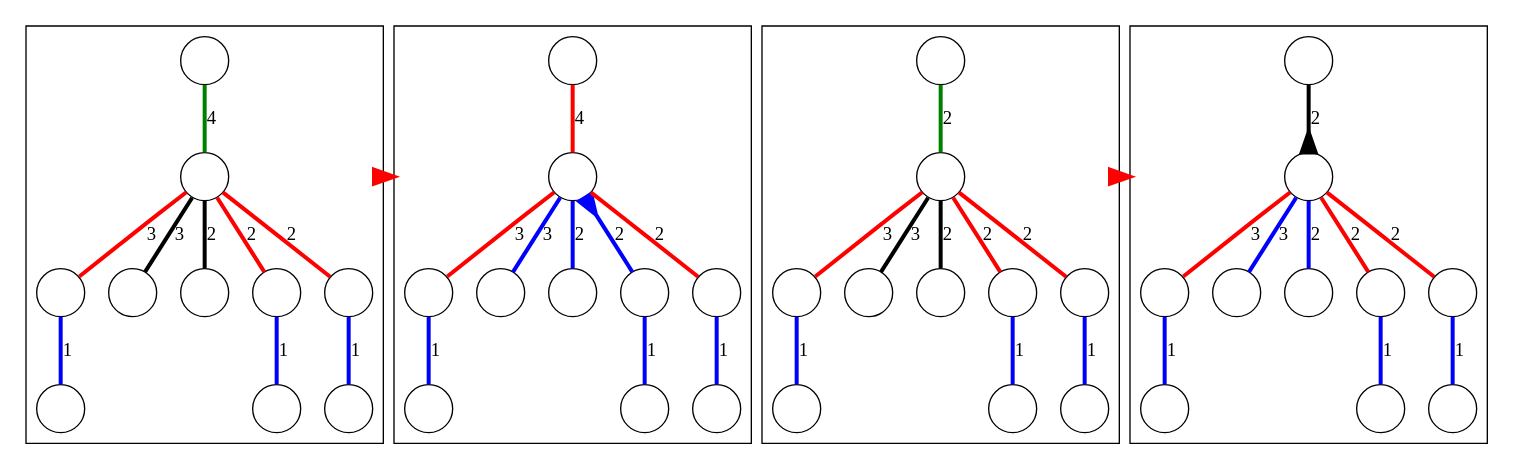
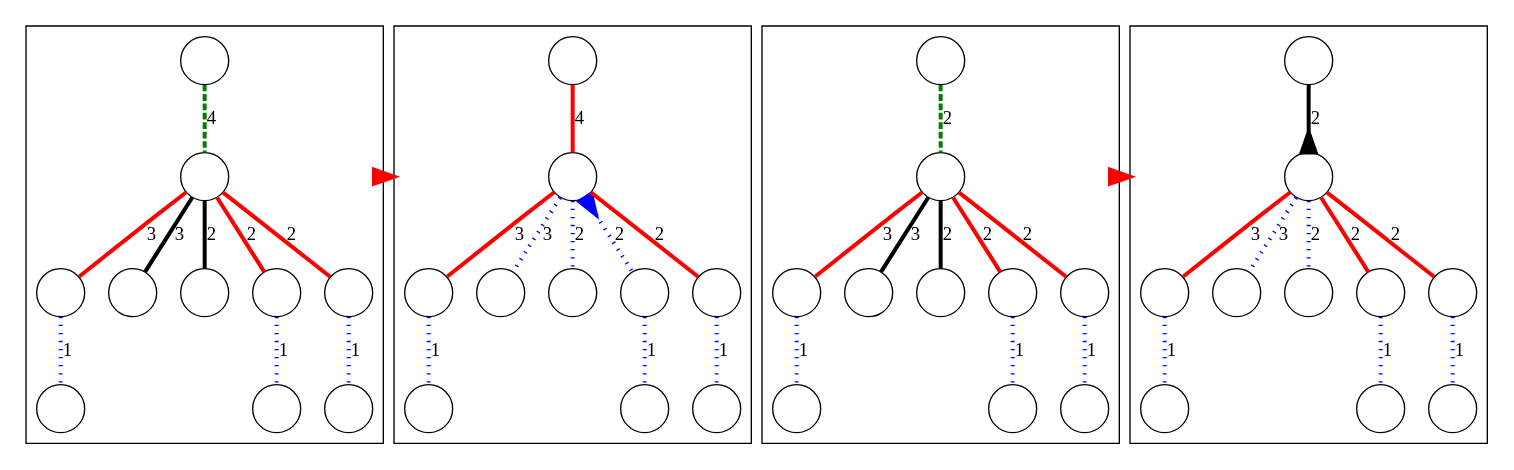
The diagram in graphs/cases.gv (sgolodetz/waterfallpaper), drawn with Graphviz before and after one commit. The commit also changed 17 other files, not shown here.

```diff
--- a/graphs/cases.gv
+++ b/graphs/cases.gv
@@ -1,62 +1,62 @@
 digraph
 {
 	compound = true;
 	node [shape=circle, label=""];
 	edge [dir=both, arrowtail=none, arrowhead=none, penwidth=3, arrowsize=1.5];
 
 	subgraph cluster1before
 	{
-		n1g -> n1p [label=4, color=green, penwidth=3];
+		n1g -> n1p [label=4, color=green, penwidth=3, style=dashed];
 		n1p -> n1c0 [label=3, color=red];
 		n1p -> n1c1 [label=3];
 		n1p -> n1c2 [label=2];
 		n1p -> n1c3 [label=2, color=red];
 		n1p -> n1c4 [label=2, color=red];
-		n1c0 -> n1d0 [label=1, color=blue];
-		n1c3 -> n1d3 [label=1, color=blue];
-		n1c4 -> n1d4 [label=1, color=blue];
+		n1c0 -> n1d0 [label=1, color=blue, style=dotted];
+		n1c3 -> n1d3 [label=1, color=blue, style=dotted];
+		n1c4 -> n1d4 [label=1, color=blue, style=dotted];
 	}
 
 	subgraph cluster1after
 	{
 		n1g_ -> n1p_ [label=4, color=red, penwidth=3];
 		n1p_ -> n1c0_ [label=3, color=red];
-		n1p_ -> n1c1_ [label=3, color=blue];
-		n1p_ -> n1c2_ [label=2, color=blue];
-		n1p_ -> n1c3_ [label=2, color=blue, arrowtail=inv];
+		n1p_ -> n1c1_ [label=3, color=blue, style=dotted];
+		n1p_ -> n1c2_ [label=2, color=blue, style=dotted];
+		n1p_ -> n1c3_ [label=2, color=blue, arrowtail=inv, style=dotted];
 		n1p_ -> n1c4_ [label=2, color=red];
-		n1c0_ -> n1d0_ [label=1, color=blue];
-		n1c3_ -> n1d3_ [label=1, color=blue];
-		n1c4_ -> n1d4_ [label=1, color=blue];
+		n1c0_ -> n1d0_ [label=1, color=blue, style=dotted];
+		n1c3_ -> n1d3_ [label=1, color=blue, style=dotted];
+		n1c4_ -> n1d4_ [label=1, color=blue, style=dotted];
 	}
 
 	n1p -> n1p_ [arrowhead=normal, color=red, ltail=cluster1before, lhead=cluster1after, constraint=false];
 
 	subgraph cluster2before
 	{
-		n2g -> n2p [label=2, color=green, penwidth=3];
+		n2g -> n2p [label=2, color=green, penwidth=3, style=dashed];
 		n2p -> n2c0 [label=3, color=red];
 		n2p -> n2c1 [label=3];
 		n2p -> n2c2 [label=2];
 		n2p -> n2c3 [label=2, color=red];
 		n2p -> n2c4 [label=2, color=red];
-		n2c0 -> n2d0 [label=1, color=blue];
-		n2c3 -> n2d3 [label=1, color=blue];
-		n2c4 -> n2d4 [label=1, color=blue];
+		n2c0 -> n2d0 [label=1, color=blue, style=dotted];
+		n2c3 -> n2d3 [label=1, color=blue, style=dotted];
+		n2c4 -> n2d4 [label=1, color=blue, style=dotted];
 	}
 
 	subgraph cluster2after
 	{
 		n2g_ -> n2p_ [label=2, penwidth=3, arrowhead=inv];
 		n2p_ -> n2c0_ [label=3, color=red];
-		n2p_ -> n2c1_ [label=3, color=blue];
-		n2p_ -> n2c2_ [label=2, color=blue];
+		n2p_ -> n2c1_ [label=3, color=blue, style=dotted];
+		n2p_ -> n2c2_ [label=2, color=blue, style=dotted];
 		n2p_ -> n2c3_ [label=2, color=red];
 		n2p_ -> n2c4_ [label=2, color=red];
-		n2c0_ -> n2d0_ [label=1, color=blue];
-		n2c3_ -> n2d3_ [label=1, color=blue];
-		n2c4_ -> n2d4_ [label=1, color=blue];
+		n2c0_ -> n2d0_ [label=1, color=blue, style=dotted];
+		n2c3_ -> n2d3_ [label=1, color=blue, style=dotted];
+		n2c4_ -> n2d4_ [label=1, color=blue, style=dotted];
 	}
 
 	n2p -> n2p_ [arrowhead=normal, color=red, ltail=cluster2before, lhead=cluster2after, constraint=false];
 }
```
